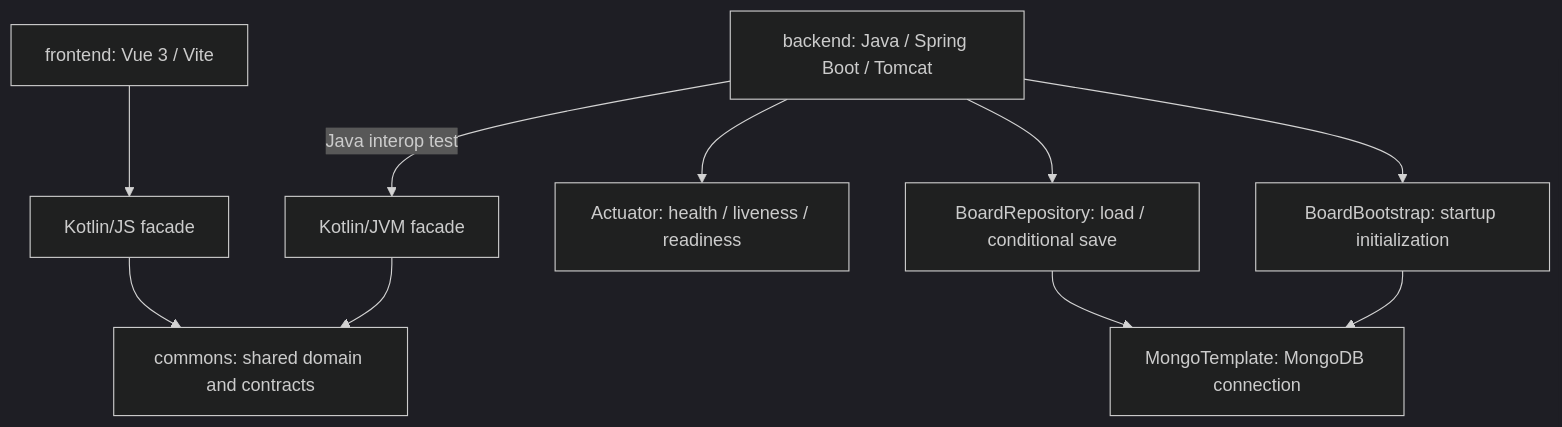
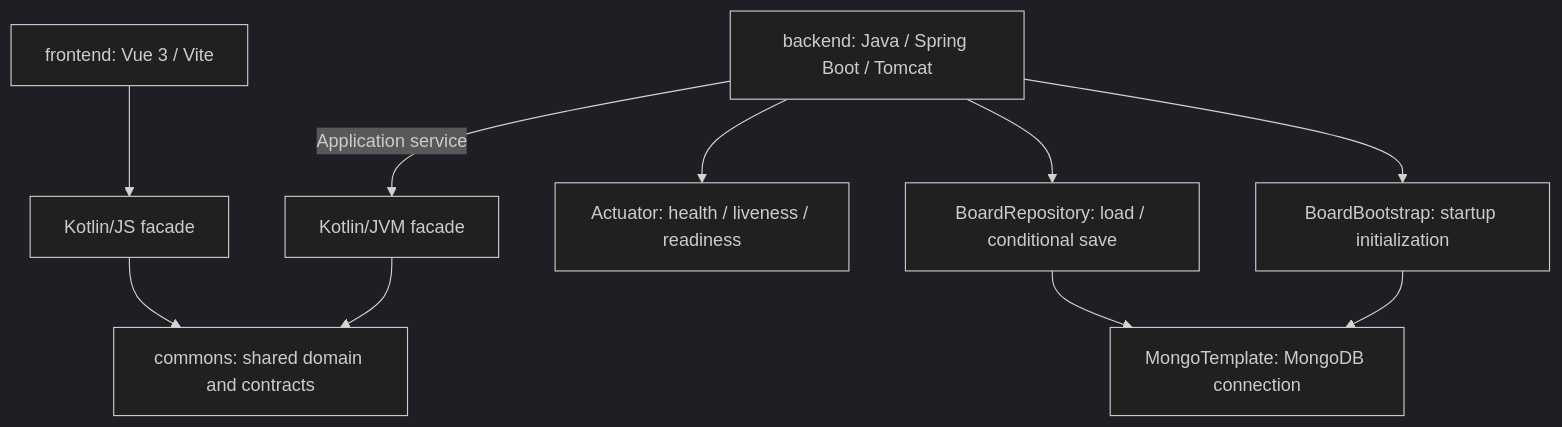
The first of 3 diagrams in docs/architecture.md (lorenzotosi/sticky-notes), drawn with Mermaid (dark theme) before and after one commit. The commit also changed other lines of this file and 14 other files, not shown here.

````diff
--- a/docs/architecture.md
+++ b/docs/architecture.md
@@ -12,12 +12,12 @@
 ```mermaid
 graph TD
     Frontend["frontend: Vue 3 / Vite"] --> JsFacade["Kotlin/JS facade"]
-    Backend["backend: Java / Spring Boot / Tomcat"] -->|Java interop test| JvmFacade["Kotlin/JVM facade"]
+    Backend["backend: Java / Spring Boot / Tomcat"] -->|Application service| JvmFacade["Kotlin/JVM facade"]
     JsFacade --> Domain["commons: shared domain and contracts"]
     JvmFacade --> Domain
     Backend --> Health["Actuator: health / liveness / readiness"]
     Backend --> Repository["BoardRepository: load / conditional save"]
     Repository --> MongoClient["MongoTemplate: MongoDB connection"]
     Backend --> Bootstrap["BoardBootstrap: startup initialization"]
     Bootstrap --> MongoClient
 ```
````
